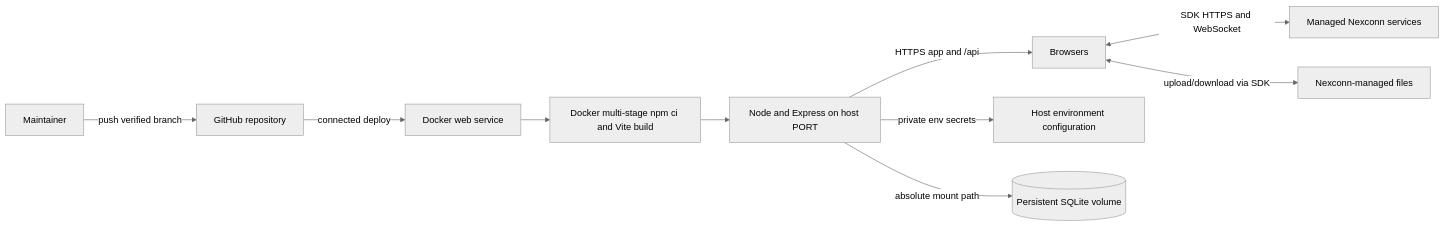
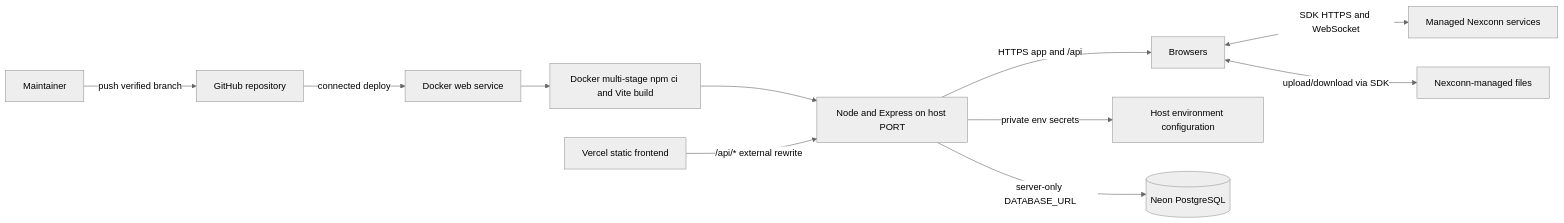
One commit to himanshunaik7715-dev/Nexconn-Chat changed the fourth of 5 diagrams in README.md. Above: the diagram before and after it, drawn with Mermaid (neutral theme). The commit also changed other lines of this file and 22 other files, not shown here.

Commit message:
feat: migrate account storage to PostgreSQL

````diff
--- a/README.md
+++ b/README.md
@@ -92,12 +91,13 @@
 ```mermaid
 flowchart LR
   Dev[Maintainer] -->|push verified branch| GitHub[GitHub repository]
   GitHub -->|connected deploy| Host[Docker web service]
   Host --> Build[Docker multi-stage npm ci and Vite build]
   Build --> Runtime[Node and Express on host PORT]
   Runtime -->|HTTPS app and /api| Users[Browsers]
   Runtime -->|private env secrets| Config[Host environment configuration]
-  Runtime -->|absolute mount path| Disk[(Persistent SQLite volume)]
+  Runtime -->|server-only DATABASE_URL| DB[(Neon PostgreSQL)]
+  Vercel[Vercel static frontend] -->|/api/* external rewrite| Runtime
   Users <-->|SDK HTTPS and WebSocket| NX[Managed Nexconn services]
   Users <-->|upload/download via SDK| Files[Nexconn-managed files]
 ```
````
